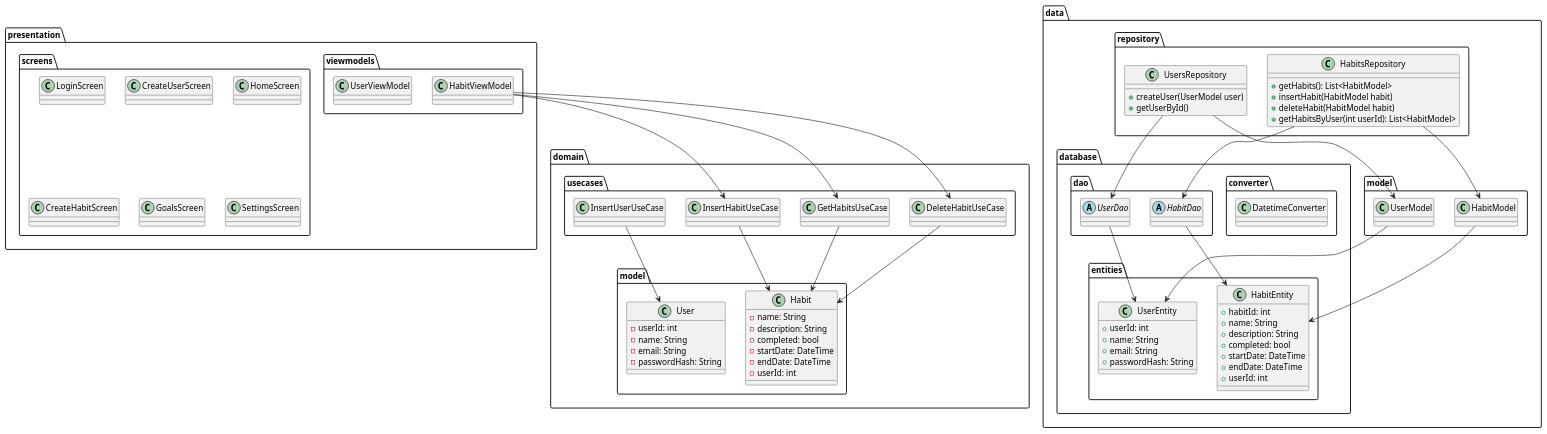
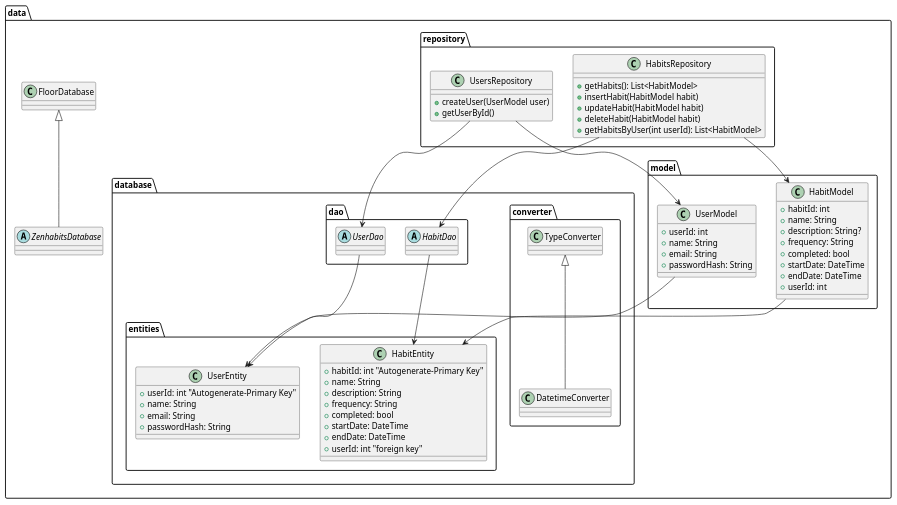
One commit to albealvant/zenhabits-project changed the fifth of 7 diagrams in README.md. Above: the diagram before and after it, drawn with PlantUML. The commit also changed other lines of this file, not shown here.

Commit message:
Actualización de diagramas y otros añadidos. Diagrama de clases en proceso

````diff
--- a/README.md
+++ b/README.md
@@ -78,7 +138,7 @@
 package "data" {
   package "database"{
     package converter {
-      class DatetimeConverter
+      class DatetimeConverter extends TypeConverter
     }
     package dao {
       abstract class HabitDao
@@ -86,17 +146,18 @@
     }
     package entities {
       class HabitEntity {
-        + habitId: int
+        + habitId: int "Autogenerate-Primary Key"
         + name: String
         + description: String
+        + frequency: String
         + completed: bool
         + startDate: DateTime
         + endDate: DateTime
-        + userId: int
+        + userId: int "foreign key"
       }
 
       class UserEntity {
-        + userId: int
+        + userId: int "Autogenerate-Primary Key"
         + name: String
         + email: String
         + passwordHash: String
@@ -104,13 +165,28 @@
     }
   }
   package model {
-    class HabitModel
-    class UserModel
+    class HabitModel {
+      + habitId: int
+      + name: String
+      + description: String?
+      + frequency: String
+      + completed: bool
+      + startDate: DateTime
+      + endDate: DateTime
+      + userId: int
+    }
+    class UserModel {
+      + userId: int
+      + name: String
+      + email: String
+      + passwordHash: String
+    }
   }
   package repository {
     class HabitsRepository {
       + getHabits(): List<HabitModel>
       + insertHabit(HabitModel habit)
+      + updateHabit(HabitModel habit)
       + deleteHabit(HabitModel habit)
       + getHabitsByUser(int userId): List<HabitModel>
     }
@@ -120,6 +196,8 @@
       + getUserById()
     }
   }
+
+  abstract class ZenhabitsDatabase extends FloorDatabase 
 
   HabitDao --> HabitEntity
   UserDao --> UserEntity
@@ -132,55 +210,5 @@
   UsersRepository --> UserDao
   UsersRepository --> UserModel
 }
-
-package "domain" {
-  package model {
-    class Habit {
-      - name: String
-      - description: String
-      - completed: bool
-      - startDate: DateTime
-      - endDate: DateTime
-      - userId: int
-    }
-
-    class User {
-      - userId: int
-      - name: String
-      - email: String
-      - passwordHash: String
-    }
-  }
-  package usecases {
-    class GetHabitsUseCase
-    class InsertHabitUseCase
-    class DeleteHabitUseCase
-    class InsertUserUseCase
-  }
-
-  GetHabitsUseCase --> Habit
-  InsertHabitUseCase --> Habit
-  DeleteHabitUseCase --> Habit
-  InsertUserUseCase --> User
-}
-
-package "presentation" {
-  package screens {
-    class LoginScreen
-    class CreateUserScreen
-    class HomeScreen
-    class CreateHabitScreen
-    class GoalsScreen
-    class SettingsScreen
-  }
-  package viewmodels {
-    class HabitViewModel
-    class UserViewModel
-  }
-
-  HabitViewModel --> GetHabitsUseCase
-  HabitViewModel --> InsertHabitUseCase
-  HabitViewModel --> DeleteHabitUseCase
-}
 @enduml
 ```
````
